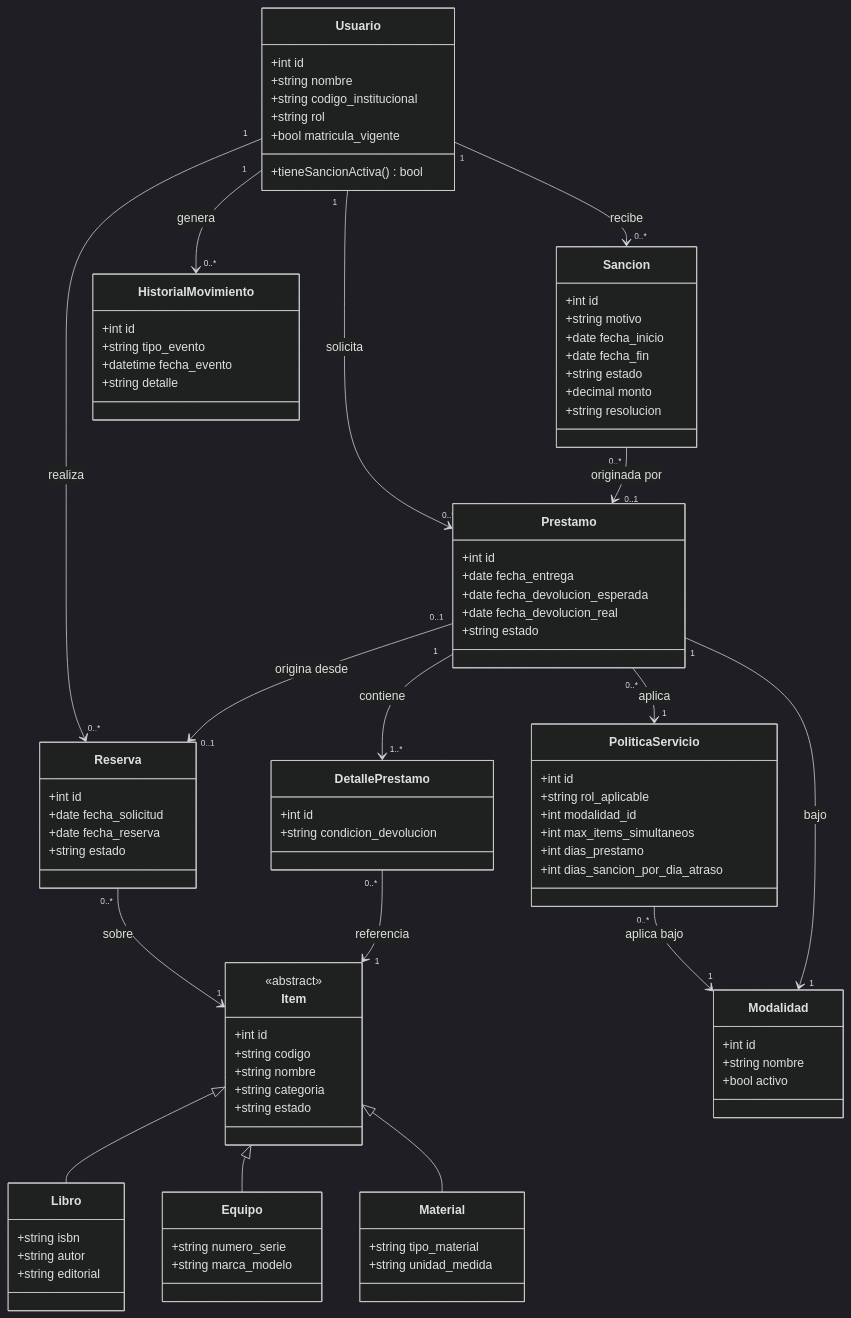
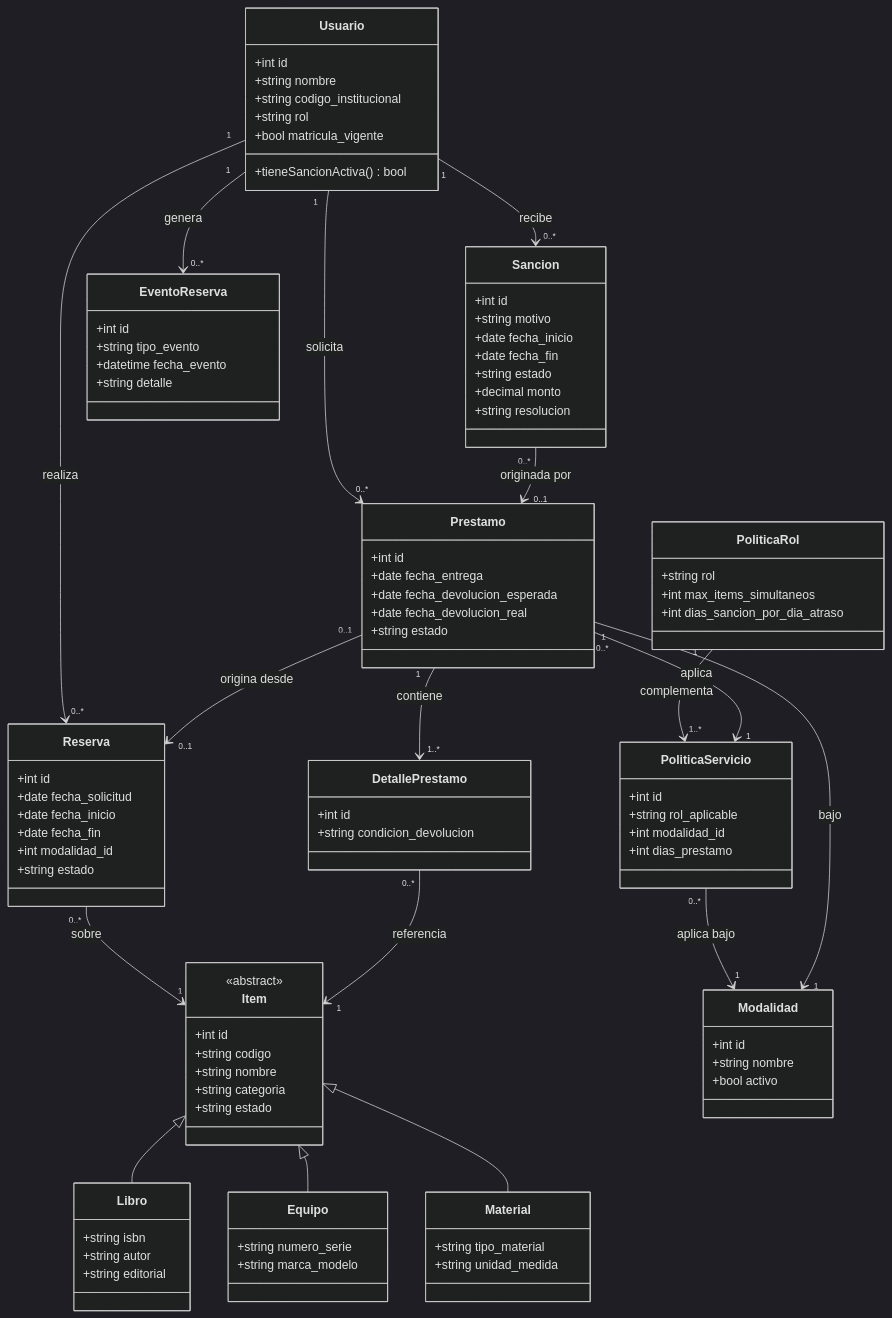
Before and after one commit to LuisEn2005/TI2-Sistema-de-Prestamos-Academico: the diagram in docs/requisitos.md, drawn with Mermaid (dark theme). The commit also changed other lines of this file and 59 other files, not shown here.

```diff
--- a/docs/requisitos.md
+++ b/docs/requisitos.md
@@ -119,9 +124,7 @@
         +int id
         +string rol_aplicable
         +int modalidad_id
-        +int max_items_simultaneos
         +int dias_prestamo
-        +int dias_sancion_por_dia_atraso
     }
 
     class Item {
@@ -158,7 +161,9 @@
     class Reserva {
         +int id
         +date fecha_solicitud
-        +date fecha_reserva
+        +date fecha_inicio
+        +date fecha_fin
+        +int modalidad_id
         +string estado
     }
 
@@ -185,7 +190,13 @@
         +string resolucion
     }
 
-    class HistorialMovimiento {
+    class PoliticaRol {
+        +string rol
+        +int max_items_simultaneos
+        +int dias_sancion_por_dia_atraso
+    }
+
+    class EventoReserva {
         +int id
         +string tipo_evento
         +datetime fecha_evento
@@ -196,7 +207,8 @@
     Usuario "1" --> "0..*" Reserva : realiza
     Usuario "1" --> "0..*" Prestamo : solicita
     Usuario "1" --> "0..*" Sancion : recibe
-    Usuario "1" --> "0..*" HistorialMovimiento : genera
+    PoliticaRol "1" --> "1..*" PoliticaServicio : complementa
+    Usuario "1" --> "0..*" EventoReserva : genera
 
     Item <|-- Libro
     Item <|-- Equipo
```
